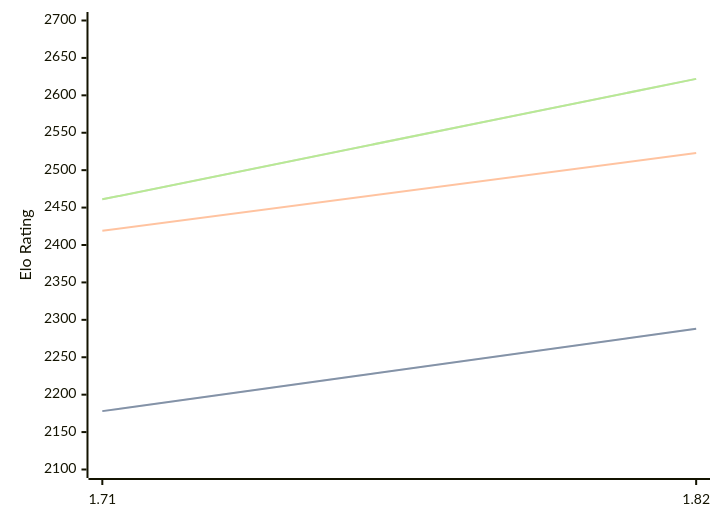
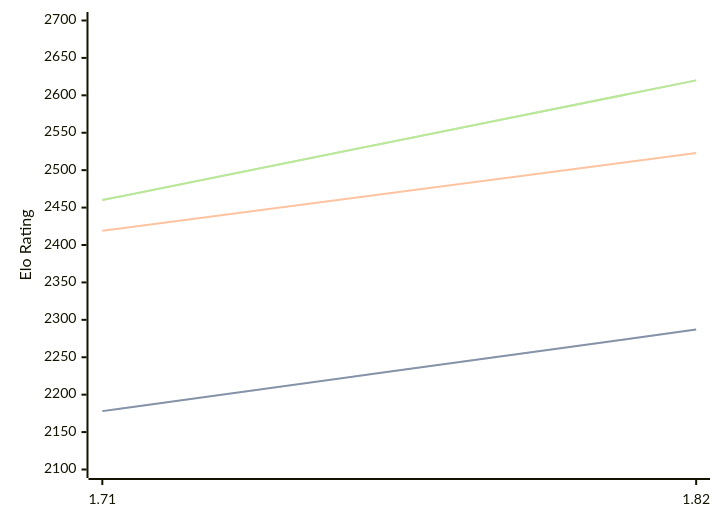
The diagram in engines/Amira.md (computer-chess-index/cci), drawn with Mermaid before and after one commit. The commit also changed other lines of this file, not shown here.

Commit message:
Update CCI Ratings (ELO VLTC) - 2026-07-27

````diff
--- a/engines/Amira.md
+++ b/engines/Amira.md
@@ -35,11 +35,11 @@
 ```mermaid
 %%{init: {"theme":"base","themeVariables":{"seriesColors:['#a3a3a3','#222221','#faa371']}}}%%
 xychart-beta
   x-axis ["1.71", "1.82"]
   y-axis "Elo Rating" 2100 --> 2700
-  line "STC (8.0+0.08s)" [2178, 2288]
-  line "STC (8.0+0.08s)" [2178, 2288]
+  line "STC (8.0+0.08s)" [2178, 2287]
+  line "STC (8.0+0.08s)" [2178, 2287]
   line "LTC (60.0+0.60s)" [2419, 2523]
-  line "VLTC (2m24s+1.12s)" [2461, 2622]
-  line "VLTC (2m24s+1.12s)" [2461, 2622]
+  line "VLTC (2m24s+1.12s)" [2460, 2620]
+  line "VLTC (2m24s+1.12s)" [2460, 2620]
 ```
````
